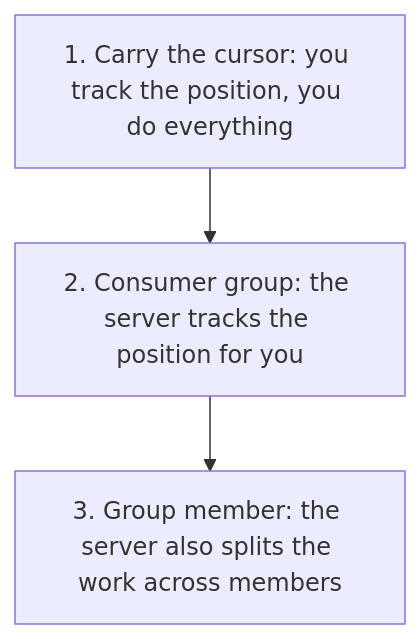
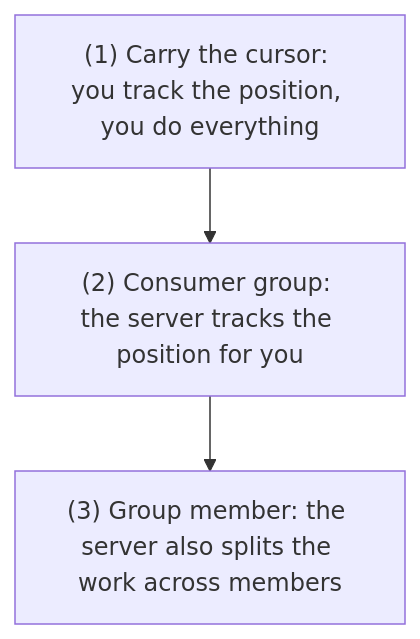
One commit to HectorIFC/malachi changed the second of 4 diagrams in docs/guides/produce-and-consume.md. Above: the diagram before and after it, drawn with Mermaid.

Commit message:
docs: fix mermaid node labels rendering as "Unsupported markdown: list"
Mermaid 11 parses ["..."] node labels as markdown strings, so a label starting
with "N. " (number, dot, space) matches an ordered-list marker, which mermaid
cannot draw inside a node, so it rendered "Unsupported markdown: list" instead of
the text. Prefix the three consuming-model nodes with "(N) " instead of "N. ";
parentheses are not a list marker, so the text renders verbatim and the numbering
is preserved. Verified in the built docs that the nodes show the real text and no
"Unsupported markdown" appears.

````diff
--- a/docs/guides/produce-and-consume.md
+++ b/docs/guides/produce-and-consume.md
@@ -62,7 +62,7 @@
 ```mermaid
 flowchart TD
-  A["1. Carry the cursor: you track the position, you do everything"]
-  B["2. Consumer group: the server tracks the position for you"]
-  C["3. Group member: the server also splits the work across members"]
+  A["(1) Carry the cursor: you track the position, you do everything"]
+  B["(2) Consumer group: the server tracks the position for you"]
+  C["(3) Group member: the server also splits the work across members"]
   A --> B --> C
 ```
````
